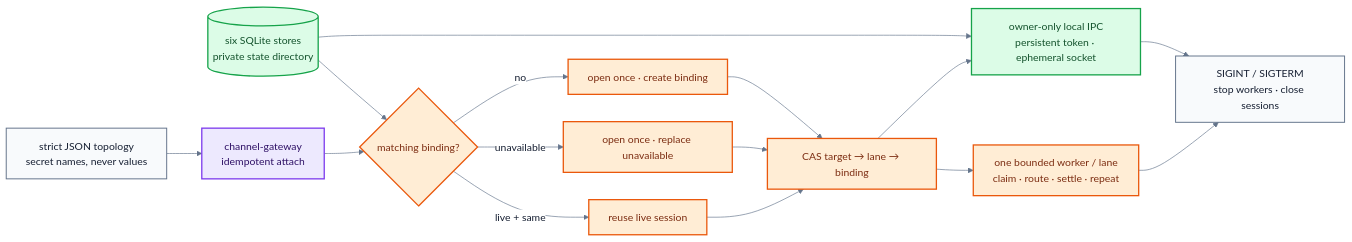
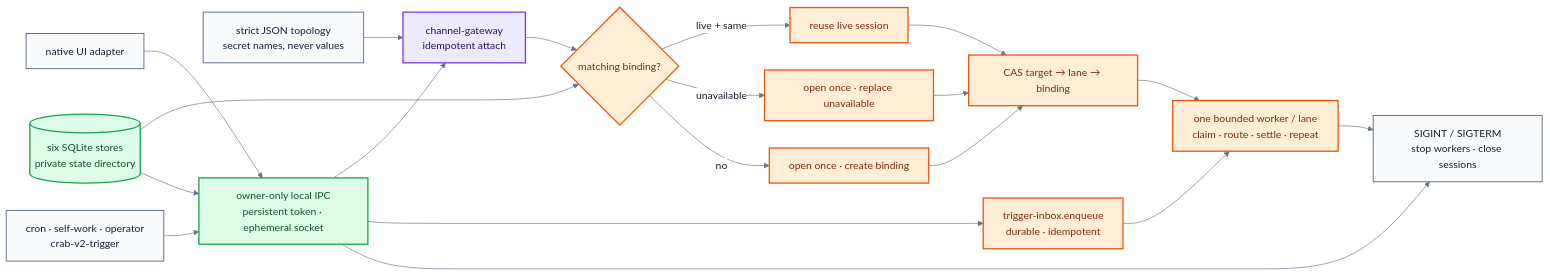
Before and after one commit to fontanierh/crab: the diagram in v2/docs/runtime-startup-flow.mmd, drawn with Mermaid. The commit also changed 11 other files, not shown here.

Commit message:
feat(v2): restore durable trigger CLI (#216)

```diff
--- a/v2/docs/runtime-startup-flow.mmd
+++ b/v2/docs/runtime-startup-flow.mmd
@@ -1,37 +1,41 @@
 %%{init: {"theme": "base", "themeVariables": {"fontFamily": "ui-sans-serif, system-ui, sans-serif", "primaryTextColor": "#172033", "lineColor": "#64748b", "edgeLabelBackground": "#ffffff"}, "flowchart": {"curve": "basis", "nodeSpacing": 42, "rankSpacing": 54}}}%%
 flowchart LR
     CONFIG["strict JSON topology<br/>secret names, never values"]
     STATE[("six SQLite stores<br/>private state directory")]
     IPC["owner-only local IPC<br/>persistent token · ephemeral socket"]
+    UI["native UI adapter"]
+    TRIGGER["cron · self-work · operator<br/>crab-v2-trigger"]
     ATTACH["channel-gateway<br/>idempotent attach"]
+    INBOX["trigger-inbox.enqueue<br/>durable · idempotent"]
     RECOVER{"matching binding?"}
     REUSE["reuse live session"]
     REBIND["open once · replace unavailable"]
     BIND["open once · create binding"]
     ROUTE["CAS target → lane → binding"]
     WORKER["one bounded worker / lane<br/>claim · route · settle · repeat"]
     SIGNAL["SIGINT / SIGTERM<br/>stop workers · close sessions"]
 
     CONFIG --> ATTACH
+    UI --> IPC --> ATTACH
+    TRIGGER --> IPC --> INBOX --> WORKER
     STATE --> RECOVER
     ATTACH --> RECOVER
     RECOVER -->|"live + same"| REUSE
     RECOVER -->|"unavailable"| REBIND
     RECOVER -->|"no"| BIND
     REUSE --> ROUTE
     REBIND --> ROUTE
     BIND --> ROUTE
     ROUTE --> WORKER
     STATE --> IPC
-    ROUTE --> IPC
     WORKER --> SIGNAL
     IPC --> SIGNAL
 
     classDef config fill:#f8fafc,stroke:#64748b,stroke-width:1.5px,color:#172033;
     classDef durable fill:#dcfce7,stroke:#16a34a,stroke-width:2px,color:#14532d;
     classDef agent fill:#ede9fe,stroke:#7c3aed,stroke-width:2px,color:#2e1065;
     classDef runtime fill:#ffedd5,stroke:#ea580c,stroke-width:2px,color:#7c2d12;
-    class CONFIG,SIGNAL config;
+    class CONFIG,UI,TRIGGER,SIGNAL config;
     class STATE,IPC durable;
     class ATTACH agent;
-    class RECOVER,REUSE,REBIND,BIND,ROUTE,WORKER runtime;
+    class RECOVER,REUSE,REBIND,BIND,ROUTE,INBOX,WORKER runtime;
```
